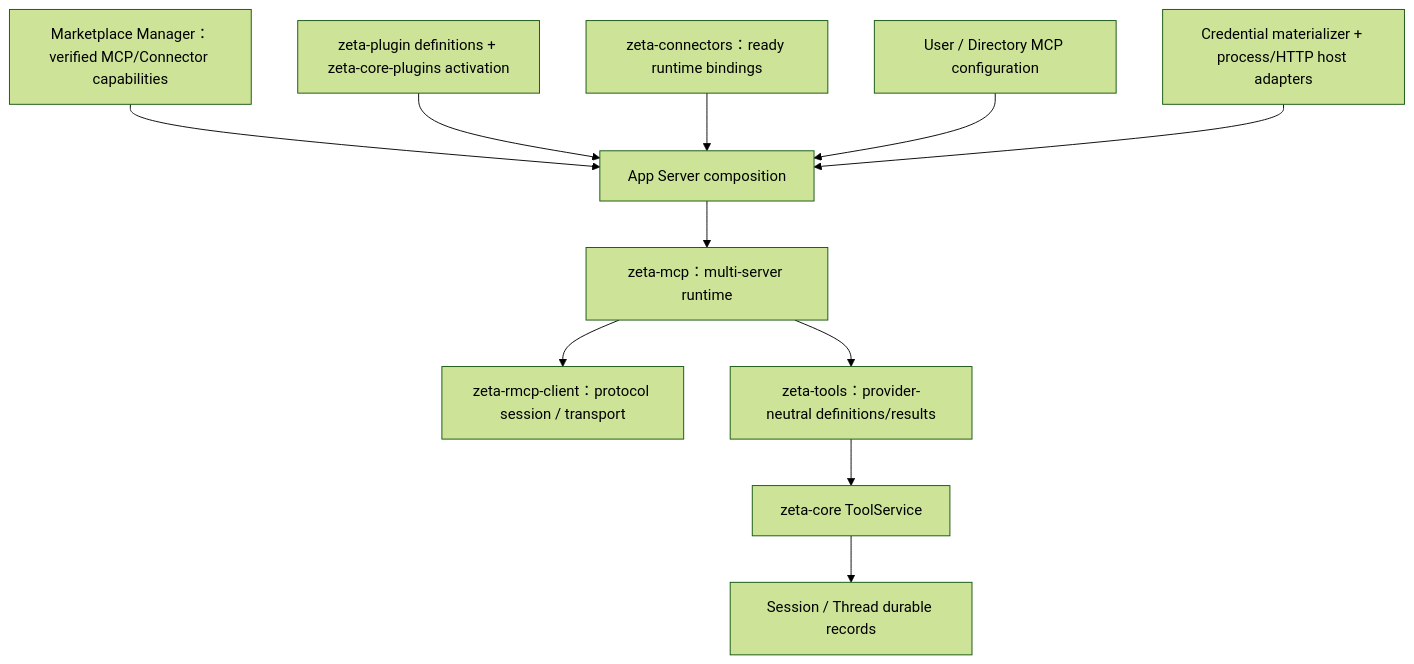
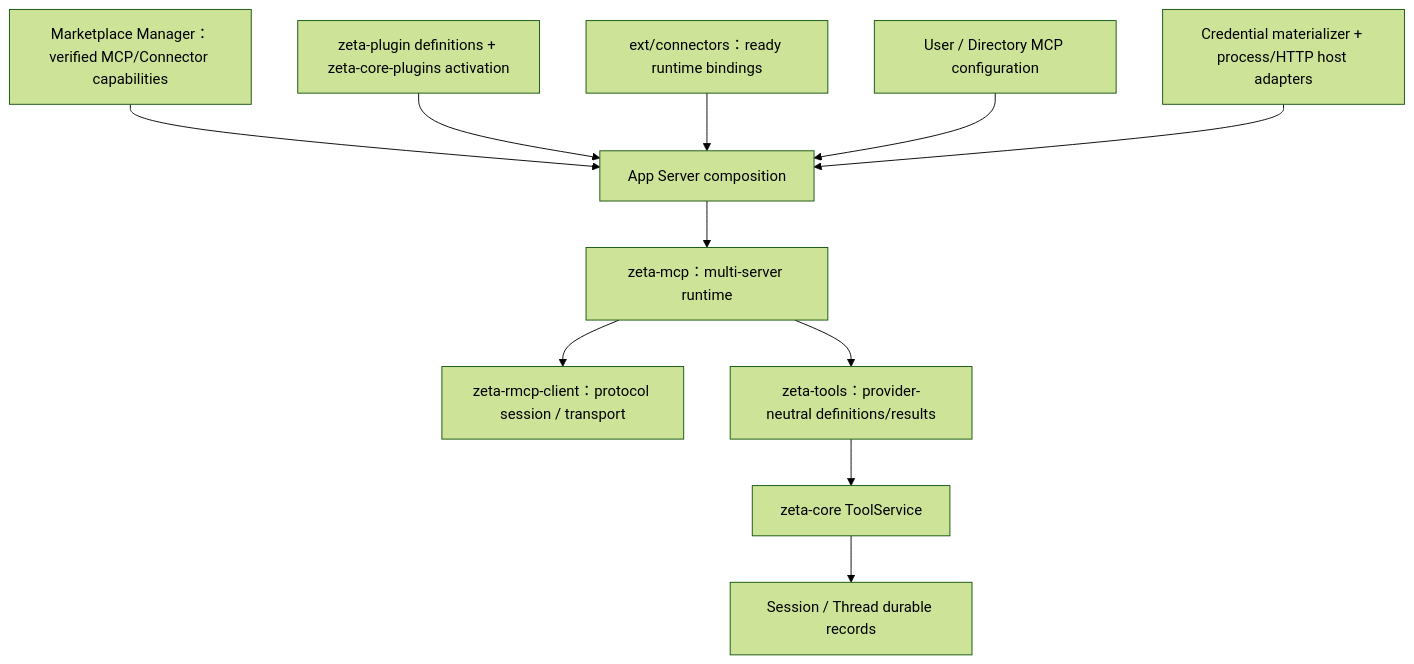
The second of 2 diagrams in docs/mcp.md (chogng/zeta), drawn with Mermaid (forest theme) before and after one commit. The commit also changed 51 other files, not shown here.

````diff
--- a/docs/mcp.md
+++ b/docs/mcp.md
@@ -198,13 +198,13 @@
 ```mermaid
 flowchart TD
     P["Marketplace Manager：verified MCP/Connector capabilities"] --> A["App Server composition"]
     L["zeta-plugin definitions + zeta-core-plugins activation"] --> A
-    C["zeta-connectors：ready runtime bindings"] --> A
+    C["ext/connectors：ready runtime bindings"] --> A
     U["User / Directory MCP configuration"] --> A
     H["Credential materializer + process/HTTP host adapters"] --> A
     A --> M["zeta-mcp：multi-server runtime"]
     M --> R["zeta-rmcp-client：protocol session / transport"]
     M --> Z["zeta-tools：provider-neutral definitions/results"]
     Z --> K["zeta-core ToolService"]
     K --> D["Session / Thread durable records"]
 ```
````
